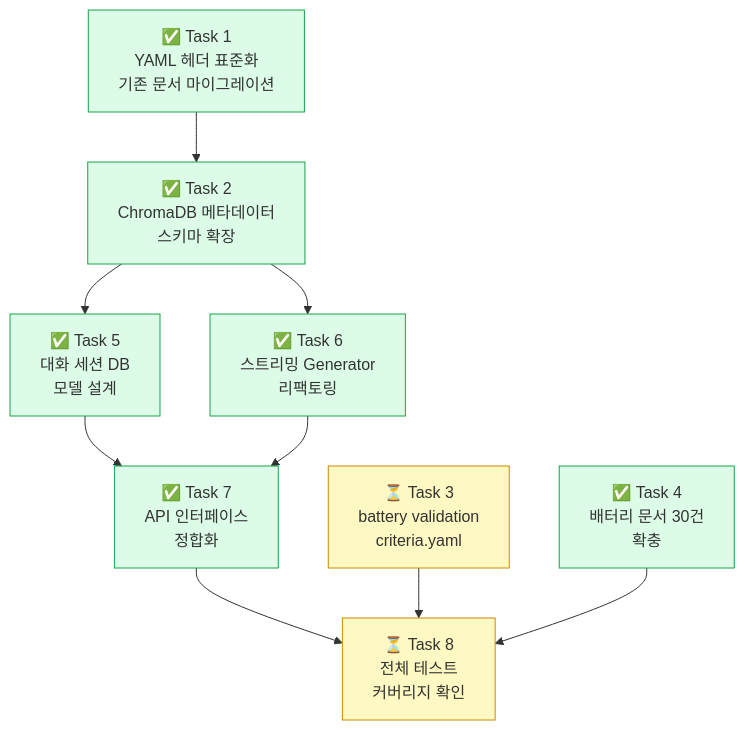
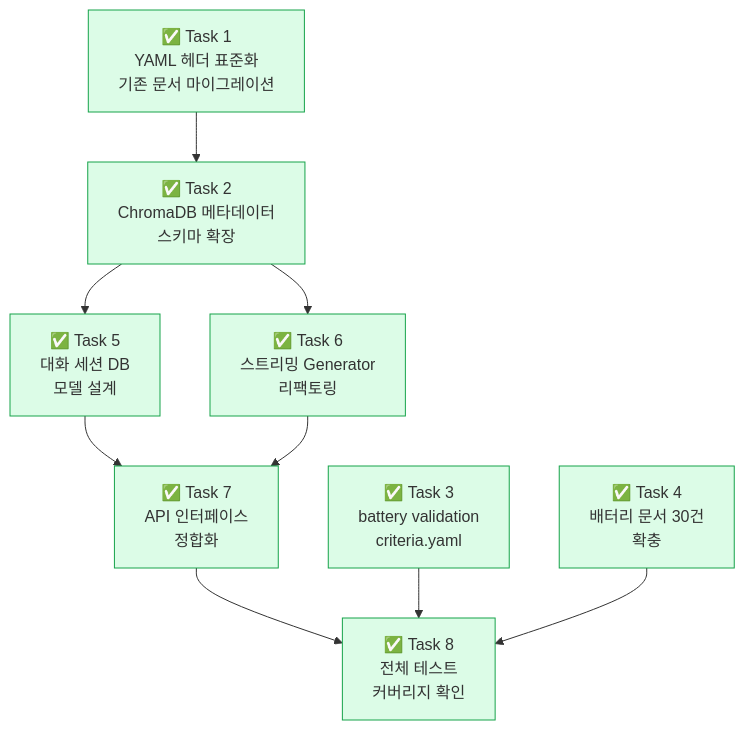
One commit to ygyun3937/pipeline changed the second of 4 diagrams in README.md. Above: the diagram before and after it, drawn with Mermaid. The commit also changed 1 other file, not shown here.

Commit message:
feat: Task8 채팅 라우터 테스트 추가 및 Stage1 완료
tests/test_chat_router.py 신규 작성 (29개 테스트, 전체 통과):
- 세션 CRUD 6개 엔드포인트 전체 커버
- SSE 스트리밍 이벤트 형식(text/done/error) 검증
- 의존성 오버라이드(dependency_overrides) 패턴 적용
- 오류 전파, 404 처리, 헤더 검증 포함

전체 테스트 290개 통과, 커버리지 84%.
README Stage1 현황 Task3·Task8 완료(✅) 반영.

````diff
--- a/README.md
+++ b/README.md
@@ -39,28 +39,28 @@
 ```mermaid
 flowchart TD
     T1["✅ Task 1\nYAML 헤더 표준화\n기존 문서 마이그레이션"]
     T2["✅ Task 2\nChromaDB 메타데이터\n스키마 확장"]
-    T3["⏳ Task 3\nbattery validation\ncriteria.yaml"]
+    T3["✅ Task 3\nbattery validation\ncriteria.yaml"]
     T4["✅ Task 4\n배터리 문서 30건\n확충"]
     T5["✅ Task 5\n대화 세션 DB\n모델 설계"]
     T6["✅ Task 6\n스트리밍 Generator\n리팩토링"]
     T7["✅ Task 7\nAPI 인터페이스\n정합화"]
-    T8["⏳ Task 8\n전체 테스트\n커버리지 확인"]
+    T8["✅ Task 8\n전체 테스트\n커버리지 확인"]
 
     T1 --> T2 --> T5
     T2 --> T6
     T5 --> T7
     T6 --> T7
     T7 --> T8
     T3 --> T8
     T4 --> T8
 
     style T1 fill:#dcfce7,stroke:#16a34a
     style T2 fill:#dcfce7,stroke:#16a34a
-    style T3 fill:#fef9c3,stroke:#ca8a04
+    style T3 fill:#dcfce7,stroke:#16a34a
     style T4 fill:#dcfce7,stroke:#16a34a
     style T5 fill:#dcfce7,stroke:#16a34a
     style T6 fill:#dcfce7,stroke:#16a34a
     style T7 fill:#dcfce7,stroke:#16a34a
-    style T8 fill:#fef9c3,stroke:#ca8a04
+    style T8 fill:#dcfce7,stroke:#16a34a
 ```
````
